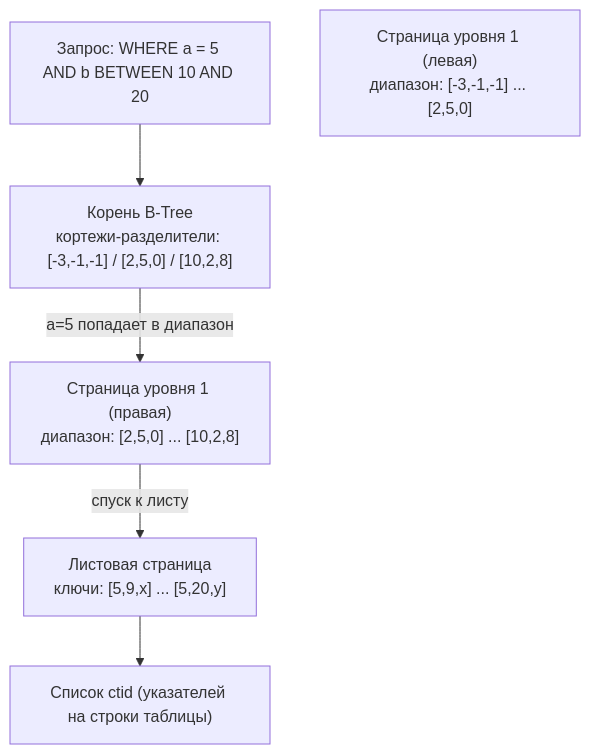
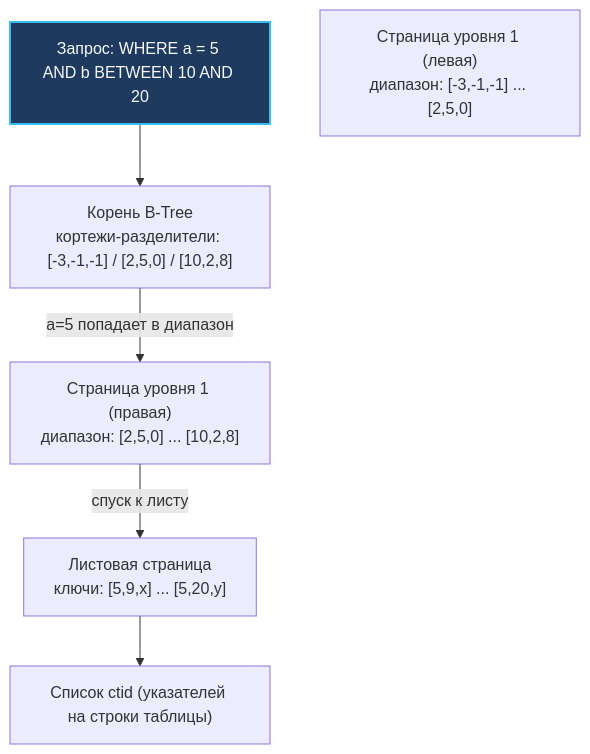
One commit to UnrealTemplier/go-textbook changed the first of 2 diagrams in sources/12. Базы данных/04. Индексы и производительность/5. Composite индексы.md. Above: the diagram before and after it, drawn with Mermaid. The commit also changed other lines of this file and 1666 other files, not shown here.

First line of the commit message:
feat(mermaid): add semantic color classDef to 1369 colorless flowchart/graph diagrams

````diff
--- a/sources/12. Базы данных/04. Индексы и производительность/5. Composite индексы.md
+++ b/sources/12. Базы данных/04. Индексы и производительность/5. Composite индексы.md
@@ -30,14 +30,24 @@
 ```mermaid
 flowchart TD
-    Query["Запрос: WHERE a = 5 AND b BETWEEN 10 AND 20"]
+    classDef process  fill:#1e293b,stroke:#38bdf8,stroke-width:1px,color:#f8fafc
+    classDef success  fill:#064e3b,stroke:#34d399,stroke-width:1px,color:#f8fafc
+    classDef error    fill:#7f1d1d,stroke:#f87171,stroke-width:1px,color:#f8fafc
+    classDef warning  fill:#78350f,stroke:#fbbf24,stroke-width:1px,color:#f8fafc
+    classDef entry    fill:#1e3a5f,stroke:#38bdf8,stroke-width:2px,color:#f8fafc
+    classDef aux      fill:#334155,stroke:#64748b,stroke-width:1px,color:#f8fafc
+    classDef system   fill:#312e81,stroke:#a78bfa,stroke-width:1px,color:#f8fafc
+    classDef data     fill:#132d29,stroke:#2dd4bf,stroke-width:1px,color:#f8fafc
+    classDef network  fill:#881337,stroke:#fb7185,stroke-width:1px,color:#f8fafc
+    classDef accent   fill:#1e1b4b,stroke:#818cf8,stroke-width:1px,color:#f8fafc
+    Query["Запрос: WHERE a = 5 AND b BETWEEN 10 AND 20"]:::entry
     Root["Корень B-Tree<br>кортежи-разделители: [-3,-1,-1] / [2,5,0] / [10,2,8]"]
     L1["Страница уровня 1 (левая)<br>диапазон: [-3,-1,-1] ... [2,5,0]"]
     L2["Страница уровня 1 (правая)<br>диапазон: [2,5,0] ... [10,2,8]"]
     Leaf["Листовая страница<br>ключи: [5,9,x] ... [5,20,y]"]
     Result["Список ctid (указателей на строки таблицы)"]
 
     Query --> Root
     Root -->|"a=5 попадает в диапазон"| L2
     L2 -->|"спуск к листу"| Leaf
     Leaf --> Result
 ```
````
